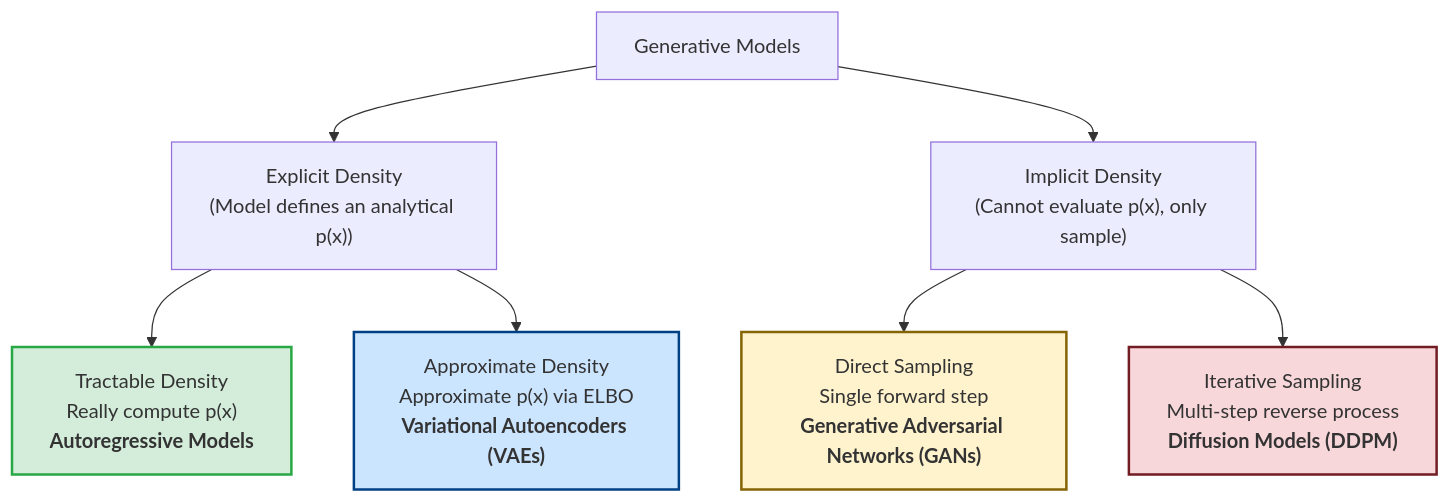
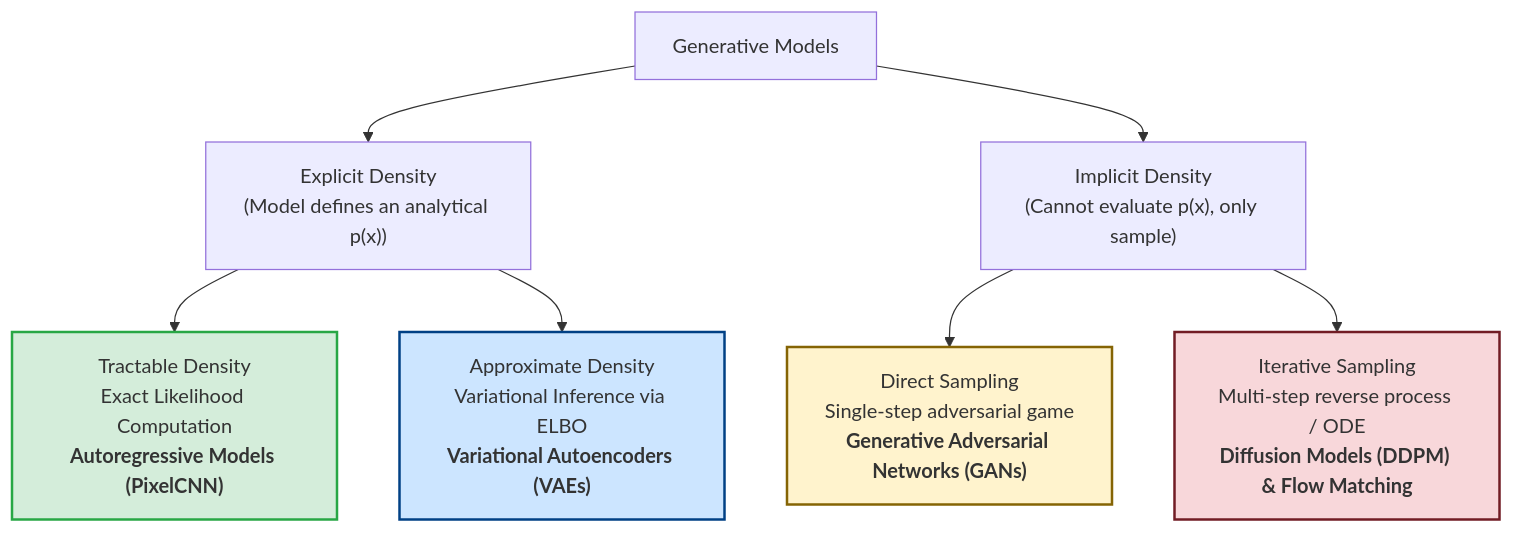
Before and after one commit to ghif/IF5152: the third of 5 diagrams in generative-models/docs/01_generative_autoregressive.md, drawn with Mermaid. The commit also changed other lines of this file and 14 other files, not shown here.

````diff
--- a/generative-models/docs/01_generative_autoregressive.md
+++ b/generative-models/docs/01_generative_autoregressive.md
@@ -154,16 +107,16 @@
 ```mermaid
 graph TD
     GM["Generative Models"] --> ED["Explicit Density<br/>(Model defines an analytical p(x))"]
     GM --> ID["Implicit Density<br/>(Cannot evaluate p(x), only sample)"]
     
-    ED --> Tractable["Tractable Density<br/>Really compute p(x)<br/><b>Autoregressive Models</b>"]
-    ED --> Approx["Approximate Density<br/>Approximate p(x) via ELBO<br/><b>Variational Autoencoders (VAEs)</b>"]
+    ED --> Tractable["Tractable Density<br/>Exact Likelihood Computation<br/><b>Autoregressive Models (PixelCNN)</b>"]
+    ED --> Approx["Approximate Density<br/>Variational Inference via ELBO<br/><b>Variational Autoencoders (VAEs)</b>"]
     
-    ID --> Direct["Direct Sampling<br/>Single forward step<br/><b>Generative Adversarial Networks (GANs)</b>"]
-    ID --> Iterative["Iterative Sampling<br/>Multi-step reverse process<br/><b>Diffusion Models (DDPM)</b>"]
+    ID --> Direct["Direct Sampling<br/>Single-step adversarial game<br/><b>Generative Adversarial Networks (GANs)</b>"]
+    ID --> Iterative["Iterative Sampling<br/>Multi-step reverse process / ODE<br/><b>Diffusion Models (DDPM) & Flow Matching</b>"]
     
     style Tractable fill:#d4edda,stroke:#28a745,stroke-width:2px
     style Approx fill:#cce5ff,stroke:#004085,stroke-width:2px
     style Direct fill:#fff3cd,stroke:#856404,stroke-width:2px
     style Iterative fill:#f8d7da,stroke:#721c24,stroke-width:2px
 ```
````
